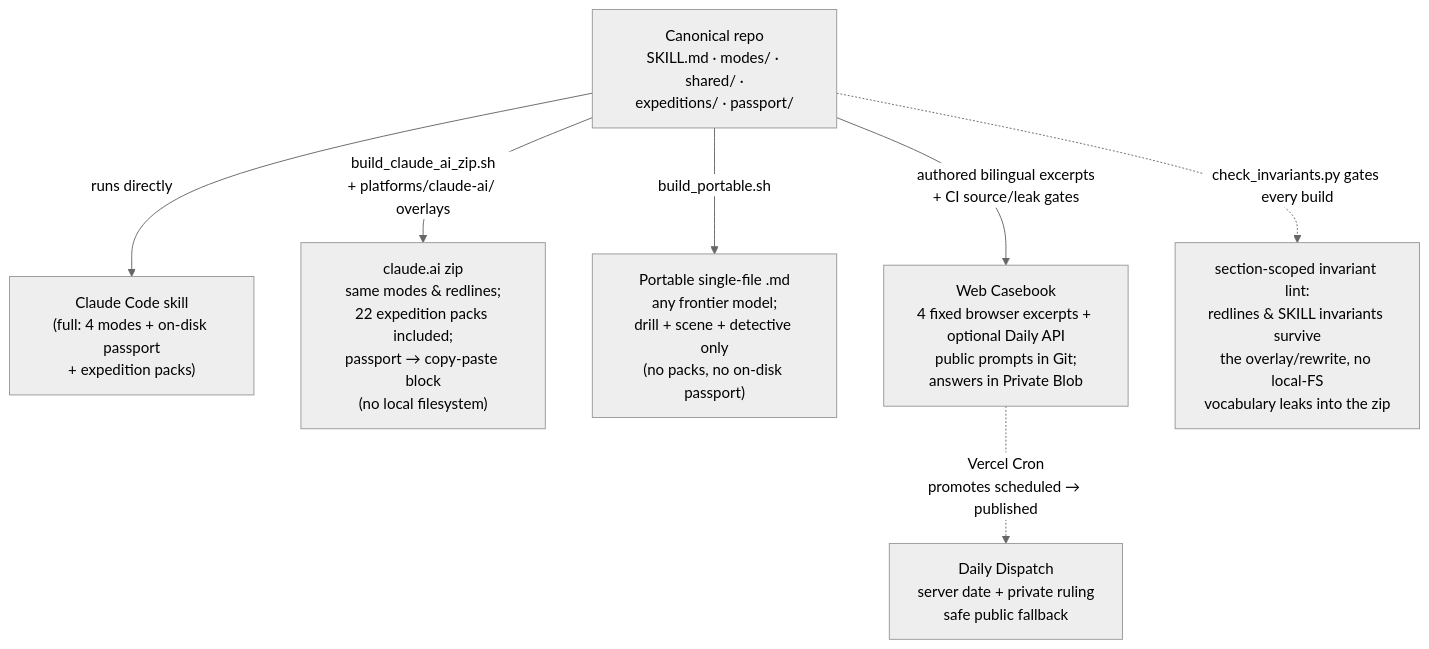
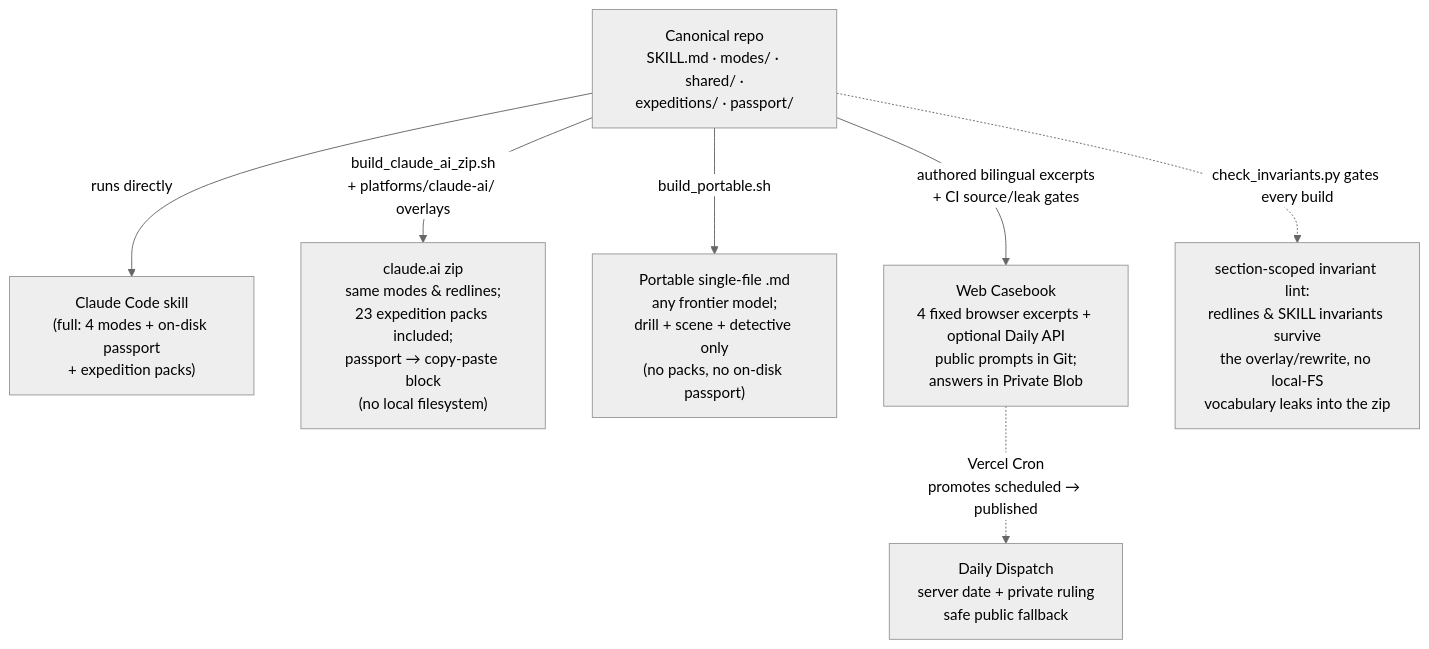
The sixth of 6 diagrams in docs/ARCHITECTURE.md (Imbad0202/critical-thinking-for-humans), drawn with Mermaid (neutral theme) before and after one commit. The commit also changed other lines of this file and 42 other files, not shown here.

````diff
--- a/docs/ARCHITECTURE.md
+++ b/docs/ARCHITECTURE.md
@@ -209,16 +209,16 @@
 ```mermaid
 flowchart TD
     Canonical["Canonical repo<br/>SKILL.md · modes/ · shared/ ·<br/>expeditions/ · passport/"]
 
     Canonical -->|"runs directly"| CC["Claude Code skill<br/>(full: 4 modes + on-disk passport<br/>+ expedition packs)"]
 
-    Canonical -->|"build_claude_ai_zip.sh<br/>+ platforms/claude-ai/ overlays"| Zip["claude.ai zip<br/>same modes & redlines;<br/>22 expedition packs included;<br/>passport → copy-paste block<br/>(no local filesystem)"]
+    Canonical -->|"build_claude_ai_zip.sh<br/>+ platforms/claude-ai/ overlays"| Zip["claude.ai zip<br/>same modes & redlines;<br/>23 expedition packs included;<br/>passport → copy-paste block<br/>(no local filesystem)"]
 
     Canonical -->|"build_portable.sh"| Port["Portable single-file .md<br/>any frontier model;<br/>drill + scene + detective only<br/>(no packs, no on-disk passport)"]
 
     Canonical -->|"authored bilingual excerpts<br/>+ CI source/leak gates"| Web["Web Casebook<br/>4 fixed browser excerpts + optional Daily API<br/>public prompts in Git;<br/>answers in Private Blob"]
 
     Canonical -.->|"check_invariants.py gates every build"| Gate["section-scoped invariant lint:<br/>redlines & SKILL invariants survive<br/>the overlay/rewrite, no local-FS<br/>vocabulary leaks into the zip"]
 
     Web -.->|"Vercel Cron<br/>promotes scheduled → published"| Daily["Daily Dispatch<br/>server date + private ruling<br/>safe public fallback"]
 ```
````
